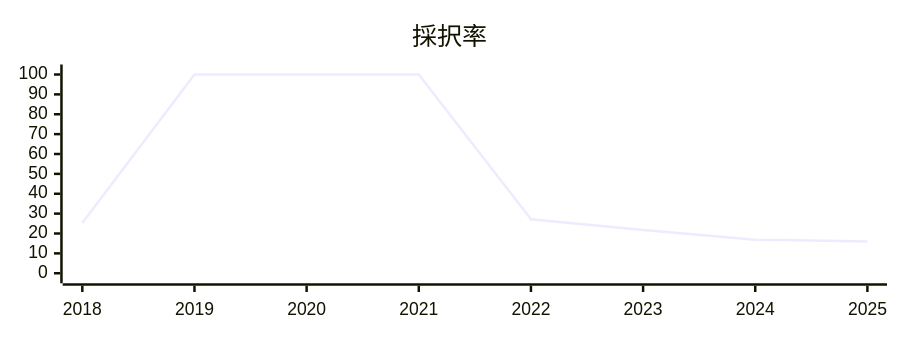
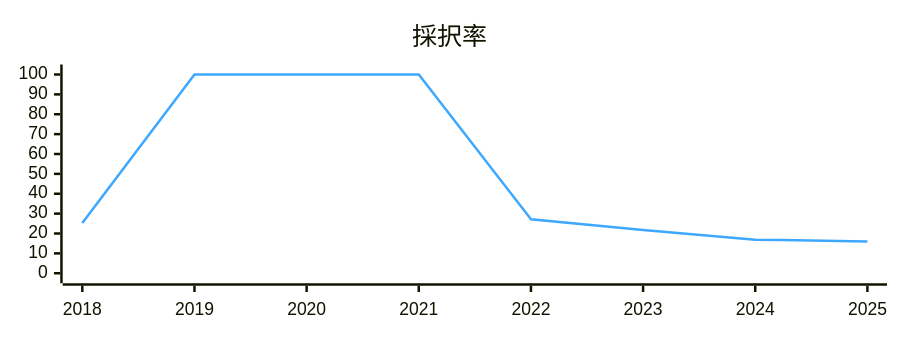
The third of 21 diagrams in articles/iosdc-2025-cfp.md (psbss/blog), drawn with Mermaid before and after one commit. The commit also changed other lines of this file, not shown here.

````diff
--- a/articles/iosdc-2025-cfp.md
+++ b/articles/iosdc-2025-cfp.md
@@ -85,12 +91,15 @@
 ```mermaid
 ---
 config:
     xyChart:
         height: 250
+    themeVariables:
+        xyChart:
+            plotColorPalette: '#3EA8FF'
 ---
 xychart-beta
     title "採択率"
     x-axis [2018, 2019, 2020, 2021, 2022, 2023, 2024, 2025]
     y-axis 0 --> 100
     line [25.3, 100, 100, 100, 27.2, 21.8, 16.9, 16.0]
 ```
````
